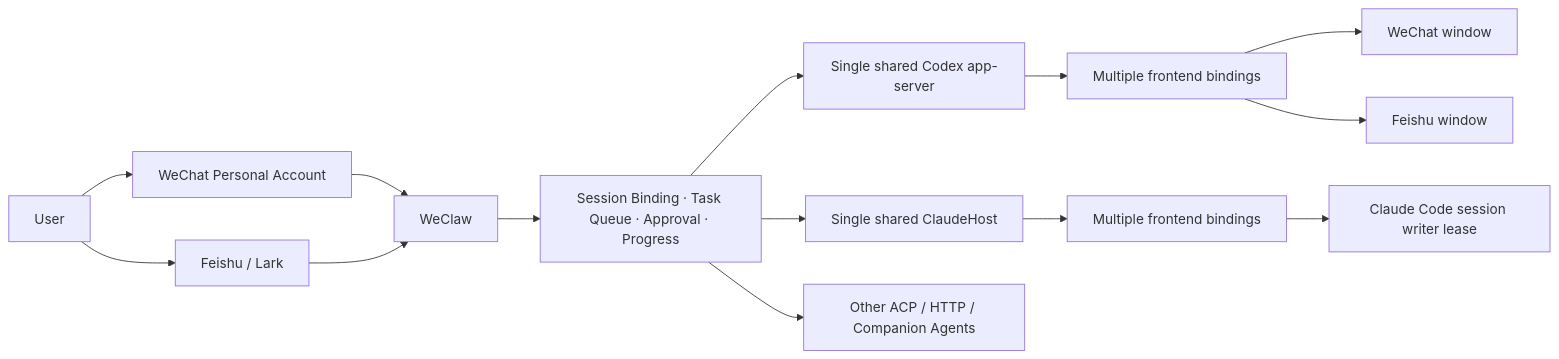
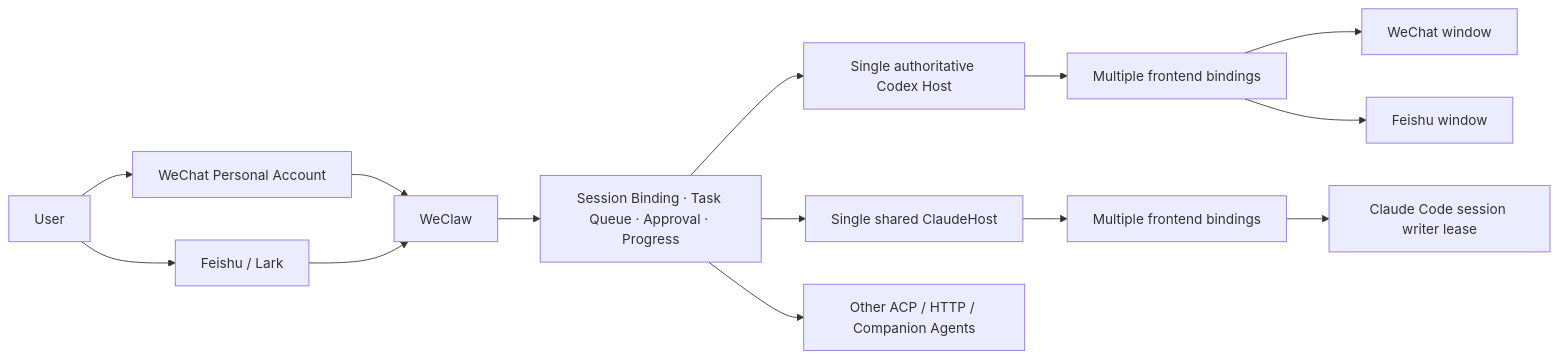
The diagram in README.md (TingRuDeng/weclaw), drawn with Mermaid before and after one commit. The commit also changed other lines of this file and 38 other files, not shown here.

Commit message:
支持 Codex App 与 WeClaw 共用运行时

````diff
--- a/README.md
+++ b/README.md
@@ -147,16 +149,16 @@
 ```mermaid
 flowchart LR
     User[User] --> WeChat[WeChat Personal Account]
     User --> Feishu[Feishu / Lark]
     WeChat --> Bridge[WeClaw]
     Feishu --> Bridge
     Bridge --> Core[Session Binding · Task Queue · Approval · Progress]
-    Core --> Codex[Single shared Codex app-server]
+    Core --> Codex[Single authoritative Codex Host]
     Core --> Claude[Single shared ClaudeHost]
     Core --> Other[Other ACP / HTTP / Companion Agents]
     Codex --> Bindings[Multiple frontend bindings]
     Bindings --> WeChatClient[WeChat window]
     Bindings --> FeishuClient[Feishu window]
     Claude --> ClaudeBindings[Multiple frontend bindings]
     ClaudeBindings --> Session[Claude Code session writer lease]
 ```
````
